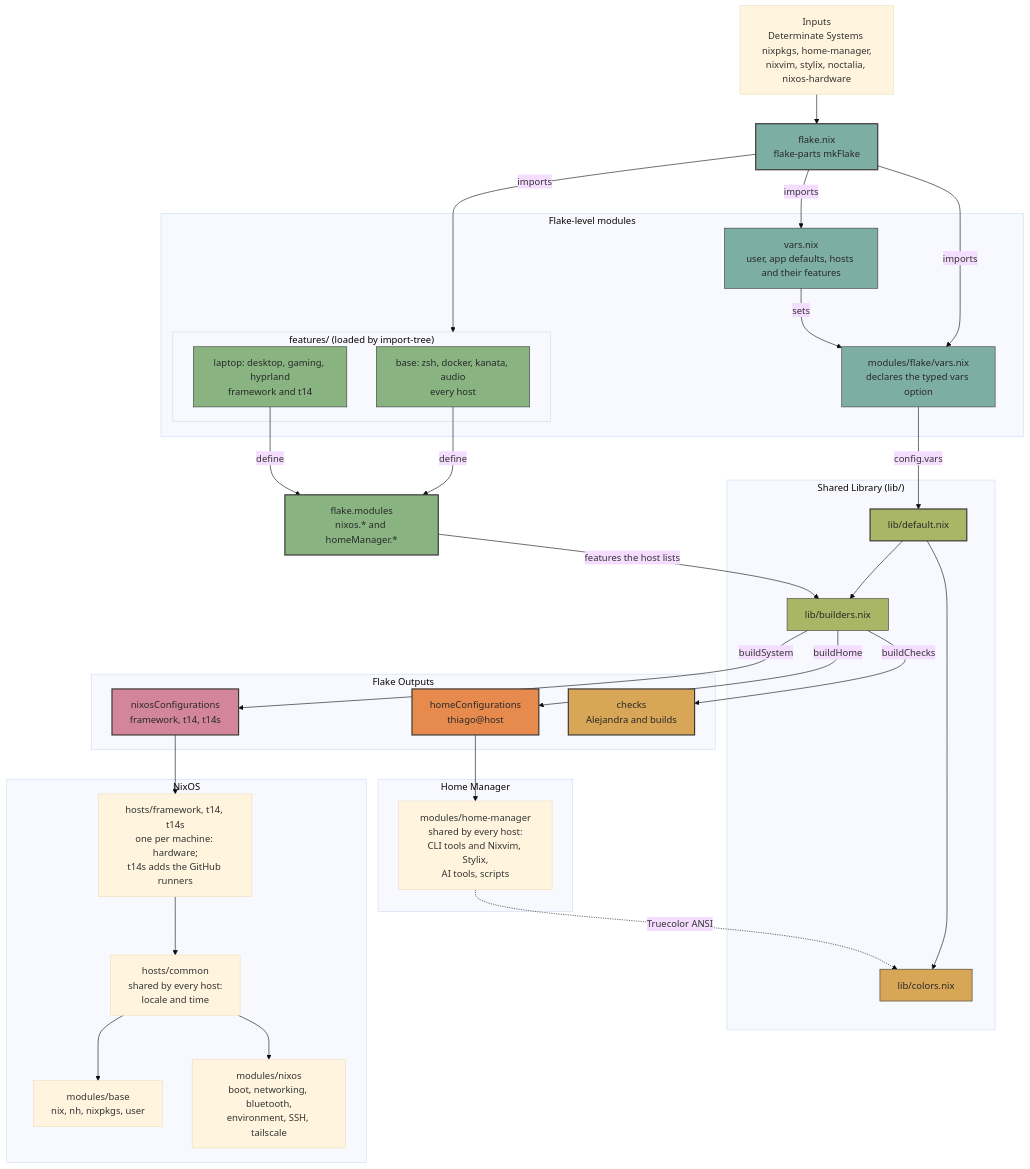
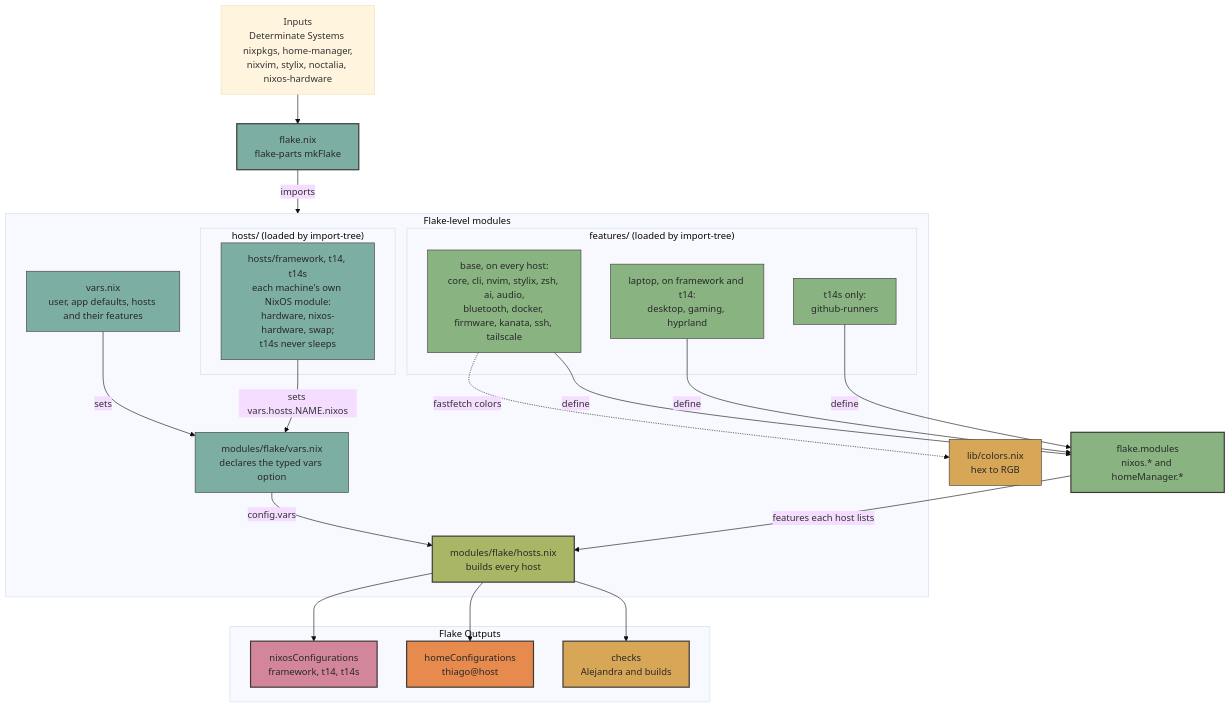
Before and after one commit to thiagokimo/nix-config: the diagram in README.md, drawn with Mermaid (base theme). The commit also changed other lines of this file, not shown here.

````diff
--- a/README.md
+++ b/README.md
@@ -70,66 +70,57 @@
 ```mermaid
 graph TD
     Inputs["Inputs<br/>Determinate Systems nixpkgs, home-manager,<br/>nixvim, stylix, noctalia, nixos-hardware"] --> Flake
     Flake["flake.nix<br/>flake-parts mkFlake"]
 
     subgraph FlakeLevel ["Flake-level modules"]
         VarsOpt["modules/flake/vars.nix<br/>declares the typed vars option"]
         Vars["vars.nix<br/>user, app defaults, hosts and their features"]
         subgraph Features ["features/ (loaded by import-tree)"]
-            BaseF["base: zsh, docker, kanata, audio<br/>every host"]
-            LaptopF["laptop: desktop, gaming, hyprland<br/>framework and t14"]
+            BaseF["base, on every host:<br/>core, cli, nvim, stylix, zsh, ai, audio,<br/>bluetooth, docker, firmware, kanata, ssh, tailscale"]
+            LaptopF["laptop, on framework and t14:<br/>desktop, gaming, hyprland"]
+            ServerF["t14s only:<br/>github-runners"]
         end
+        subgraph Hosts ["hosts/ (loaded by import-tree)"]
+            HostFiles["hosts/framework, t14, t14s<br/>each machine's own NixOS module:<br/>hardware, nixos-hardware, swap;<br/>t14s never sleeps"]
+        end
+        HostsMod["modules/flake/hosts.nix<br/>builds every host"]
     end
 
-    Flake -->|imports| VarsOpt
-    Flake -->|imports| Vars
-    Flake -->|imports| Features
+    Flake -->|imports| FlakeLevel
     Vars -->|sets| VarsOpt
+    HostFiles -->|sets vars.hosts.NAME.nixos| VarsOpt
     BaseF -->|define| FlakeModules
     LaptopF -->|define| FlakeModules
+    ServerF -->|define| FlakeModules
     FlakeModules["flake.modules<br/>nixos.* and homeManager.*"]
 
-    subgraph CustomLib ["Shared Library (lib/)"]
-        Lib["lib/default.nix"] --> Builders["lib/builders.nix"]
-        Lib --> Colors["lib/colors.nix"]
-    end
-
-    VarsOpt -->|config.vars| Lib
-    FlakeModules -->|features the host lists| Builders
+    VarsOpt -->|config.vars| HostsMod
+    FlakeModules -->|features each host lists| HostsMod
 
     subgraph Outputs ["Flake Outputs"]
         NixOS["nixosConfigurations<br/>framework, t14, t14s"]
         HomeM["homeConfigurations<br/>thiago@host"]
         Checks["checks<br/>Alejandra and builds"]
     end
 
-    Builders -->|buildSystem| NixOS
-    Builders -->|buildHome| HomeM
-    Builders -->|buildChecks| Checks
+    HostsMod --> NixOS
+    HostsMod --> HomeM
+    HostsMod --> Checks
 
-    subgraph NixOSStack ["NixOS"]
-        NixOS --> HostDir["hosts/framework, t14, t14s<br/>one per machine: hardware;<br/>t14s adds the GitHub runners"]
-        HostDir --> Common["hosts/common<br/>shared by every host:<br/>locale and time"]
-        Common --> Base["modules/base<br/>nix, nh, nixpkgs, user"]
-        Common --> SysMods["modules/nixos<br/>boot, networking, bluetooth,<br/>environment, SSH, tailscale"]
-    end
-
-    subgraph HMStack ["Home Manager"]
-        HomeM --> HMMods["modules/home-manager<br/>shared by every host:<br/>CLI tools and Nixvim, Stylix,<br/>AI tools, scripts"]
-    end
-
-    HMMods -.->|Truecolor ANSI| Colors
+    Colors["lib/colors.nix<br/>hex to RGB"]
+    BaseF -.->|fastfetch colors| Colors
 
     style Flake fill:#7daea3,stroke:#3c3836,stroke-width:2px,color:#282828
     style VarsOpt fill:#7daea3,stroke:#3c3836,stroke-width:1px,color:#282828
     style Vars fill:#7daea3,stroke:#3c3836,stroke-width:1px,color:#282828
+    style HostFiles fill:#7daea3,stroke:#3c3836,stroke-width:1px,color:#282828
     style BaseF fill:#89b482,stroke:#3c3836,stroke-width:1px,color:#282828
     style LaptopF fill:#89b482,stroke:#3c3836,stroke-width:1px,color:#282828
+    style ServerF fill:#89b482,stroke:#3c3836,stroke-width:1px,color:#282828
     style FlakeModules fill:#89b482,stroke:#3c3836,stroke-width:2px,color:#282828
-    style Lib fill:#a9b665,stroke:#3c3836,stroke-width:2px,color:#282828
-    style Builders fill:#a9b665,stroke:#3c3836,stroke-width:1px,color:#282828
+    style HostsMod fill:#a9b665,stroke:#3c3836,stroke-width:2px,color:#282828
     style Colors fill:#d8a657,stroke:#3c3836,stroke-width:1px,color:#282828
     style NixOS fill:#d3869b,stroke:#3c3836,stroke-width:2px,color:#282828
     style HomeM fill:#e78a4e,stroke:#3c3836,stroke-width:2px,color:#282828
     style Checks fill:#d8a657,stroke:#3c3836,stroke-width:2px,color:#282828
 ```
````
